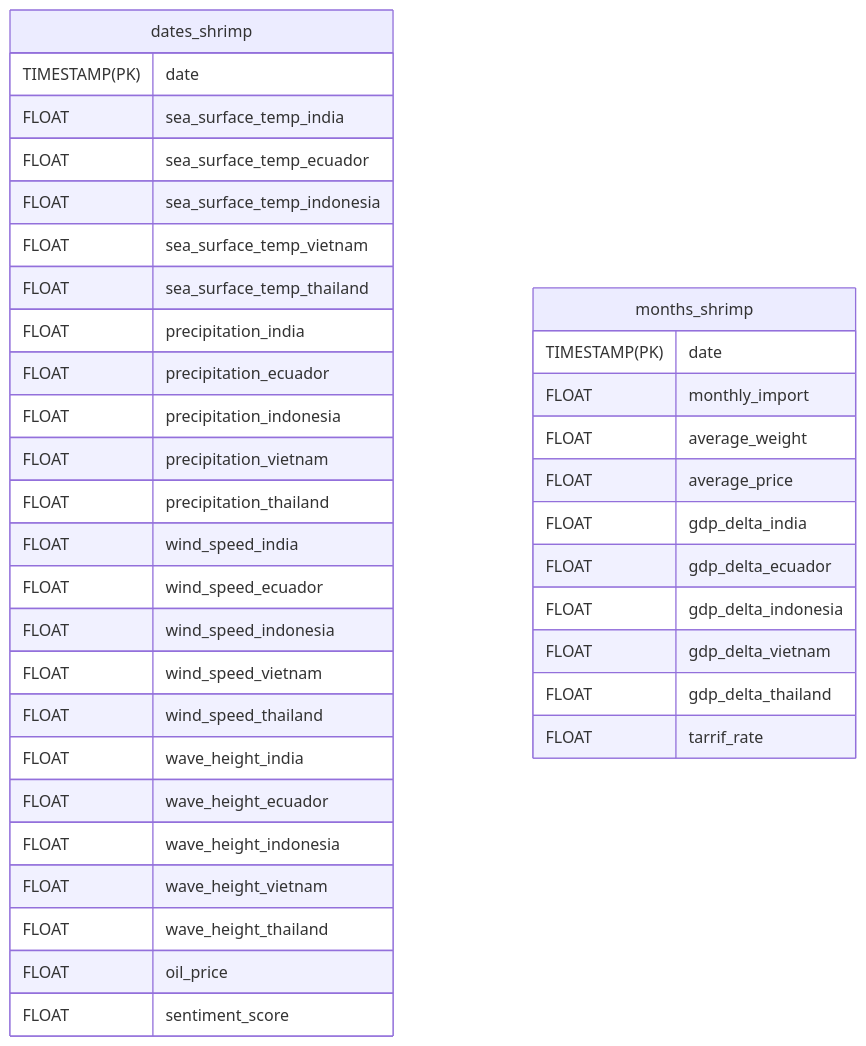
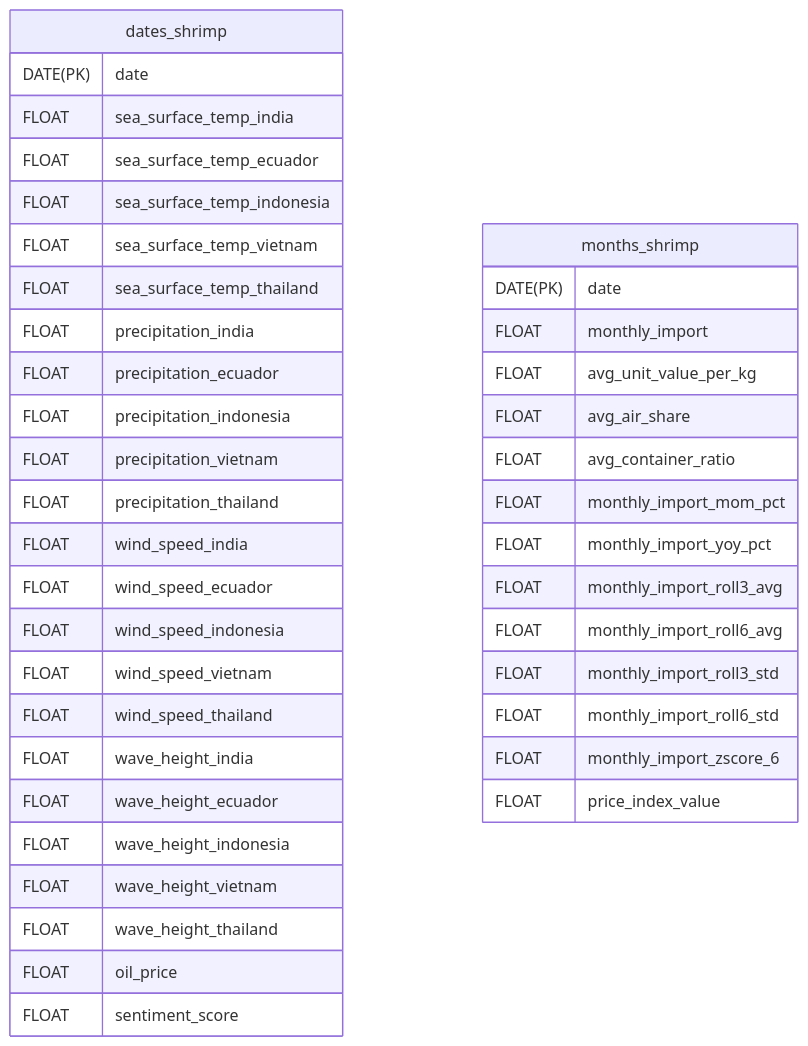
One commit to JinhoLee1106/SupplySight changed the diagram in docs/database.md. Above: the diagram before and after it, drawn with Mermaid. The commit also changed 6 other files, not shown here.

````diff
--- a/docs/database.md
+++ b/docs/database.md
@@ -2,41 +2,44 @@
 ```mermaid
 erDiagram
     dates_shrimp {
-        TIMESTAMP(PK) date
+        DATE(PK) date
         FLOAT sea_surface_temp_india
         FLOAT sea_surface_temp_ecuador
         FLOAT sea_surface_temp_indonesia
         FLOAT sea_surface_temp_vietnam
         FLOAT sea_surface_temp_thailand
         FLOAT precipitation_india
         FLOAT precipitation_ecuador
         FLOAT precipitation_indonesia
         FLOAT precipitation_vietnam
         FLOAT precipitation_thailand
         FLOAT wind_speed_india
         FLOAT wind_speed_ecuador
         FLOAT wind_speed_indonesia
         FLOAT wind_speed_vietnam
         FLOAT wind_speed_thailand
         FLOAT wave_height_india
         FLOAT wave_height_ecuador
         FLOAT wave_height_indonesia
         FLOAT wave_height_vietnam
         FLOAT wave_height_thailand
         FLOAT oil_price
         FLOAT sentiment_score
     }
 
     months_shrimp {
-        TIMESTAMP(PK) date
+        DATE(PK) date
         FLOAT monthly_import
-        FLOAT average_weight
-        FLOAT average_price
-        FLOAT gdp_delta_india
-        FLOAT gdp_delta_ecuador
-        FLOAT gdp_delta_indonesia
-        FLOAT gdp_delta_vietnam
-        FLOAT gdp_delta_thailand
-        FLOAT tarrif_rate
+        FLOAT avg_unit_value_per_kg
+        FLOAT avg_air_share
+        FLOAT avg_container_ratio
+        FLOAT monthly_import_mom_pct
+        FLOAT monthly_import_yoy_pct
+        FLOAT monthly_import_roll3_avg
+        FLOAT monthly_import_roll6_avg
+        FLOAT monthly_import_roll3_std
+        FLOAT monthly_import_roll6_std
+        FLOAT monthly_import_zscore_6
+        FLOAT price_index_value
     }
 ```
````
